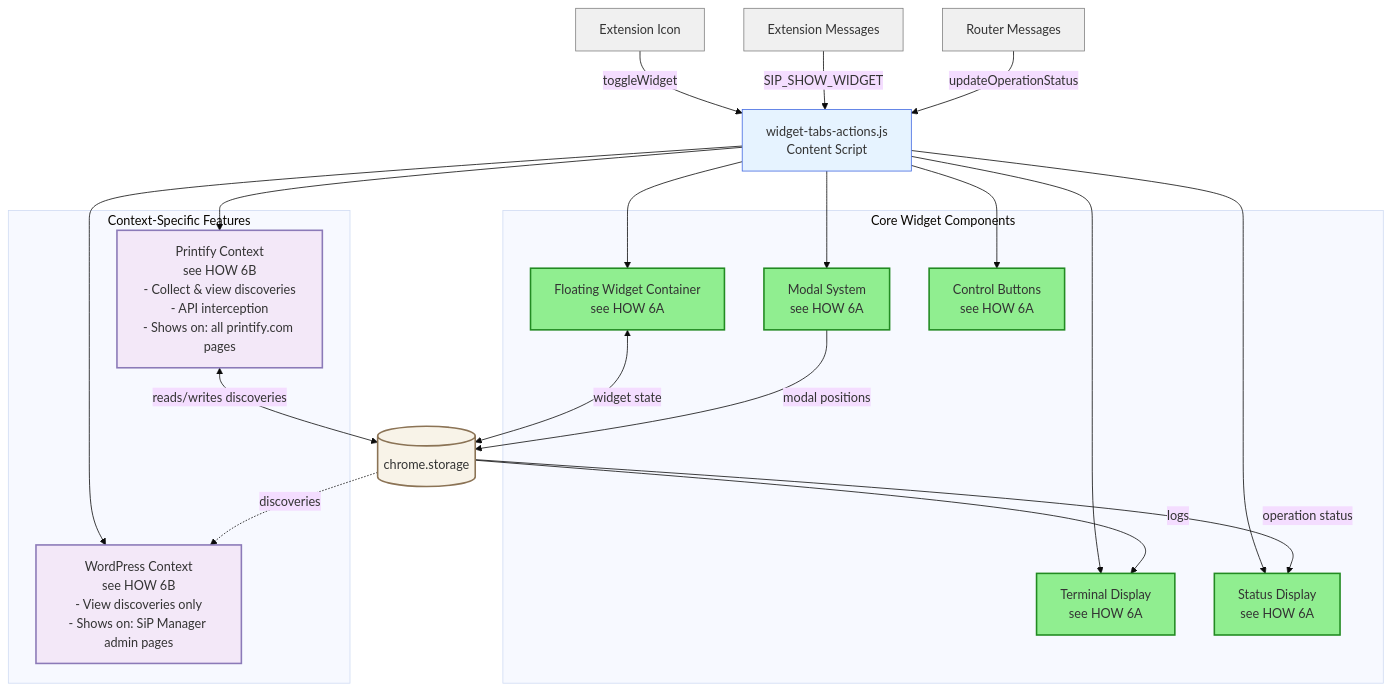
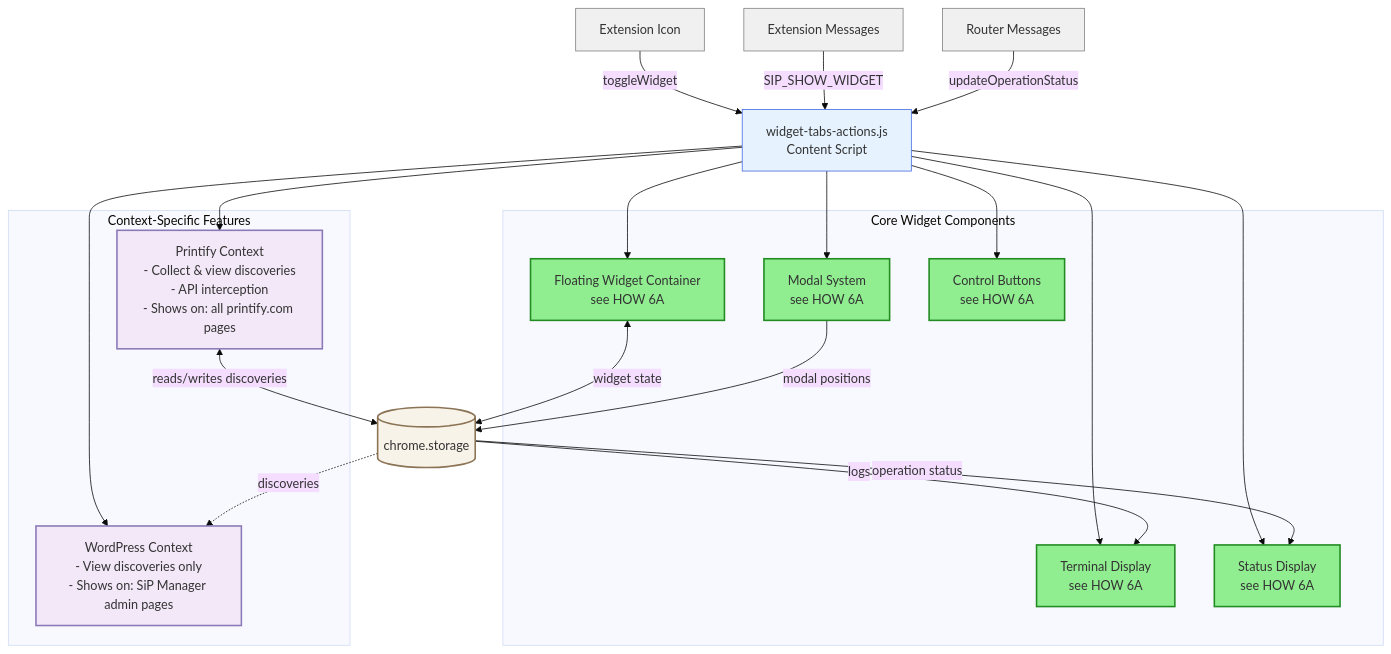
One commit to tdemelle-SiP/.claude changed the fifth of 5 diagrams in guidelines/sip-printify-manager-extension-guidelines-v2.md. Above: the diagram before and after it, drawn with Mermaid (base theme). The commit also changed other lines of this file and 2 other files, not shown here.

````diff
--- a/guidelines/sip-printify-manager-extension-guidelines-v2.md
+++ b/guidelines/sip-printify-manager-extension-guidelines-v2.md
@@ -657,53 +662,53 @@
 ```mermaid
 graph TD
   WTA[widget-tabs-actions.js<br/>Content Script]
   
   subgraph "Core Widget Components"
     FW[Floating Widget Container<br/>see HOW 6A]
     Terminal[Terminal Display<br/>see HOW 6A]
     Modal[Modal System<br/>see HOW 6A]
     Controls[Control Buttons<br/>see HOW 6A]
     Status[Status Display<br/>see HOW 6A]
   end
   
   WTA --> FW
   WTA --> Terminal
   WTA --> Modal
   WTA --> Controls
   WTA --> Status
   
   subgraph "Context-Specific Features"
-    WP[WordPress Context<br/>see HOW 6B<br/>- View discoveries only<br/>- Shows on: SiP Manager admin pages]
-    PR[Printify Context<br/>see HOW 6B<br/>- Collect & view discoveries<br/>- API interception<br/>- Shows on: all printify.com pages]
+    WP[WordPress Context<br/>- View discoveries only<br/>- Shows on: SiP Manager admin pages]
+    PR[Printify Context<br/>- Collect & view discoveries<br/>- API interception<br/>- Shows on: all printify.com pages]
   end
   
   WTA --> WP
   WTA --> PR
   
   Storage[(chrome.storage)]
   
   FW <-->|widget state| Storage
   Storage -->|logs| Terminal
   Modal -->|modal positions| Storage
   Storage -->|operation status| Status
   Storage -.->|discoveries| WP
   PR <-->|reads/writes discoveries| Storage
   
   ExtIcon[Extension Icon] -->|toggleWidget| WTA
   Messages[Extension Messages] -->|SIP_SHOW_WIDGET| WTA
   Router[Router Messages] -->|updateOperationStatus| WTA
   
   %% Style definitions
   classDef userFacingStyle fill:#90EE90,stroke:#228B22,stroke-width:2px
   classDef storageStyle fill:#F8F3E8,stroke:#8B7355,stroke-width:2px
   classDef actionStyle fill:#F0F0F0,stroke:#808080,stroke-width:1px
   classDef scriptStyle fill:#E6F3FF,stroke:#4169E1,stroke-width:1px
   classDef contextStyle fill:#F3E8F8,stroke:#8B7AB8,stroke-width:2px
   
   %% Apply styles
   class WTA scriptStyle
   class FW,Terminal,Modal,Controls,Status userFacingStyle
   class Storage storageStyle
   class ExtIcon,Messages,Router actionStyle
   class WP,PR contextStyle
 ```
````
